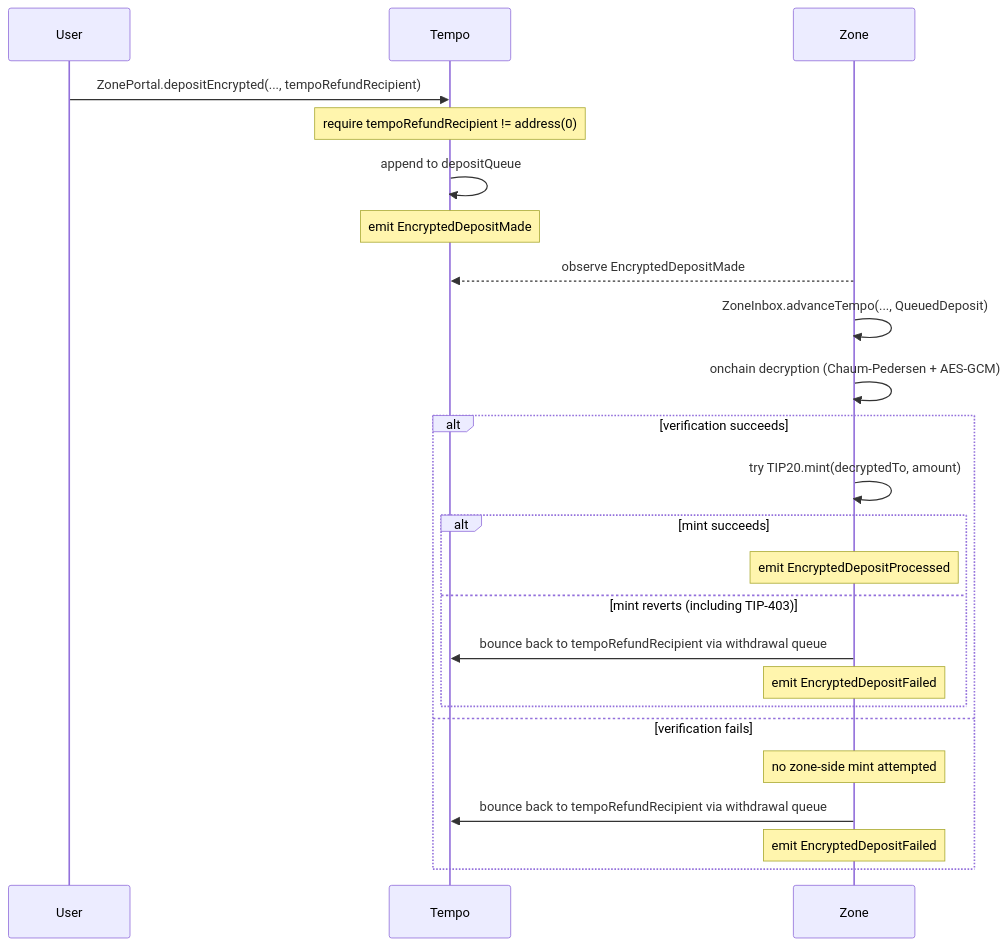
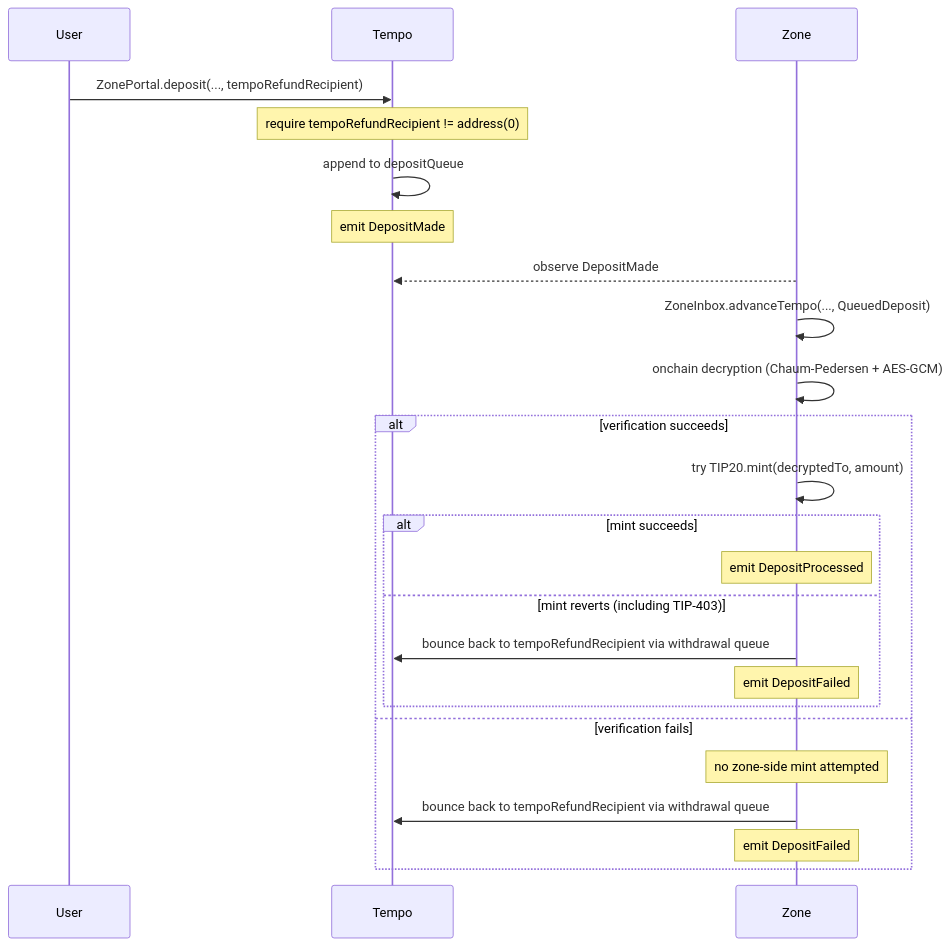
The second of 5 diagrams in specs/spec.md (Dustin4444/zones), drawn with Mermaid before and after one commit. The commit also changed other lines of this file and 61 other files, not shown here.

First line of the commit message:
feat: require encrypted zone deposits (#967)

````diff
--- a/specs/spec.md
+++ b/specs/spec.md
@@ -491,27 +461,27 @@
 ```mermaid
 sequenceDiagram
     participant U as User
     participant T as Tempo
     participant Z as Zone
 
-    U->>T: ZonePortal.depositEncrypted(..., tempoRefundRecipient)
+    U->>T: ZonePortal.deposit(..., tempoRefundRecipient)
     Note over T: require tempoRefundRecipient != address(0)
     T->>T: append to depositQueue
-    Note over T: emit EncryptedDepositMade
-    Z-->>T: observe EncryptedDepositMade
+    Note over T: emit DepositMade
+    Z-->>T: observe DepositMade
     Z->>Z: ZoneInbox.advanceTempo(..., QueuedDeposit)
     Z->>Z: onchain decryption (Chaum-Pedersen + AES-GCM)
     alt verification succeeds
         Z->>Z: try TIP20.mint(decryptedTo, amount)
         alt mint succeeds
-            Note over Z: emit EncryptedDepositProcessed
+            Note over Z: emit DepositProcessed
         else mint reverts (including TIP-403)
             Z->>T: bounce back to tempoRefundRecipient via withdrawal queue
-            Note over Z: emit EncryptedDepositFailed
+            Note over Z: emit DepositFailed
         end
     else verification fails
         Note over Z: no zone-side mint attempted
         Z->>T: bounce back to tempoRefundRecipient via withdrawal queue
-        Note over Z: emit EncryptedDepositFailed
+        Note over Z: emit DepositFailed
     end
 ```
````
